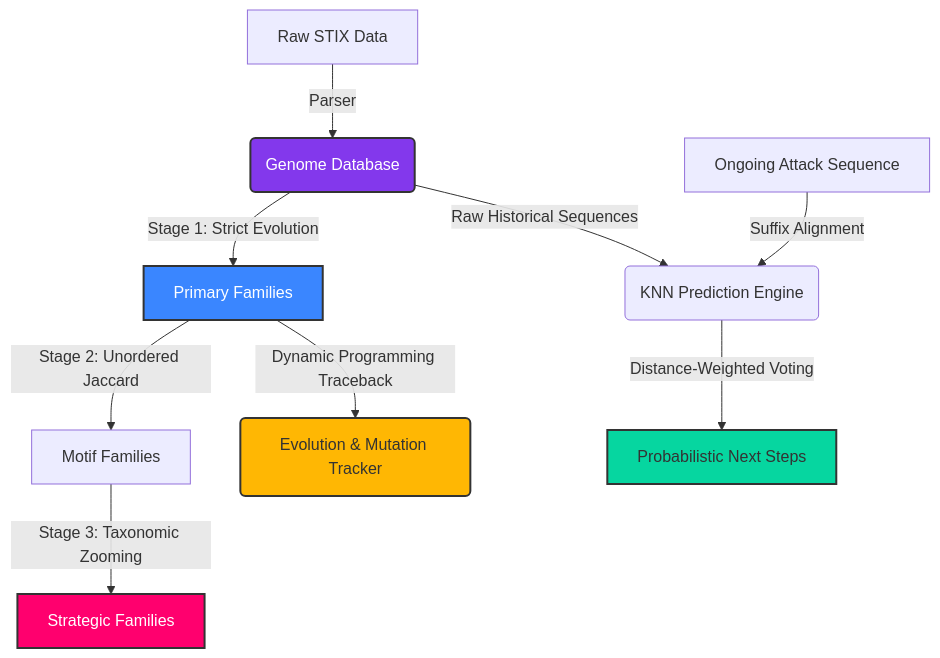
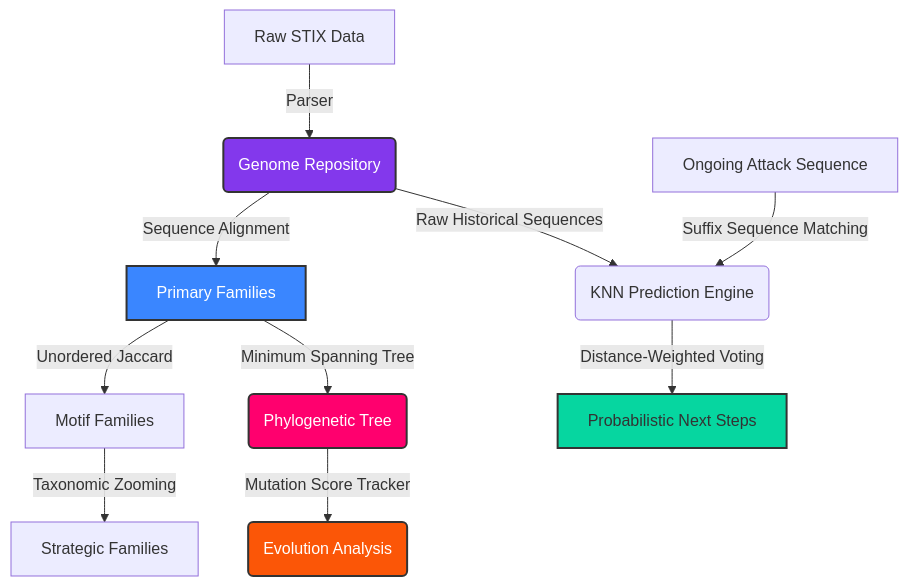
One commit to rakesh-pathuri/CyberPhylogeny changed the diagram in README.md. Above: the diagram before and after it, drawn with Mermaid. The commit also changed other lines of this file and 11 other files, not shown here.

````diff
--- a/README.md
+++ b/README.md
@@ -38,23 +45,24 @@
 ```mermaid
 graph TD
-    A[Raw STIX Data] -->|Parser| B(Genome Database)
+    A[Raw STIX Data] -->|Parser| B(Genome Repository)
     
     %% Clustering Pipeline
-    B -->|Stage 1: Strict Evolution| C[Primary Families]
-    C -->|Stage 2: Unordered Jaccard| D[Motif Families]
-    D -->|Stage 3: Taxonomic Zooming| E[Strategic Families]
+    B -->|Sequence Alignment| C[Primary Families]
+    C -->|Unordered Jaccard| D[Motif Families]
+    D -->|Taxonomic Zooming| E[Strategic Families]
     
-    %% Evolution Pipeline
-    C -->|Dynamic Programming Traceback| I(Evolution & Mutation Tracker)
+    %% Evolution Pipeline (Centerpiece)
+    C -->|Minimum Spanning Tree| I(Phylogenetic Tree)
+    I -->|Mutation Score Tracker| J(Evolution Analysis)
     
     %% Prediction Pipeline
-    F[Ongoing Attack Sequence] -->|Suffix Alignment| G(KNN Prediction Engine)
+    F[Ongoing Attack Sequence] -->|Suffix Sequence Matching| G(KNN Prediction Engine)
     B -->|Raw Historical Sequences| G
     G -->|Distance-Weighted Voting| H[Probabilistic Next Steps]
     
     style B fill:#8338ec,stroke:#333,stroke-width:2px,color:#fff
     style C fill:#3a86ff,stroke:#333,stroke-width:2px,color:#fff
-    style E fill:#ff006e,stroke:#333,stroke-width:2px,color:#fff
+    style I fill:#ff006e,stroke:#333,stroke-width:2px,color:#fff
+    style J fill:#fb5607,stroke:#333,stroke-width:2px,color:#fff
     style H fill:#06d6a0,stroke:#333,stroke-width:2px,color:#black
-    style I fill:#ffb703,stroke:#333,stroke-width:2px,color:#black
 ```
````
